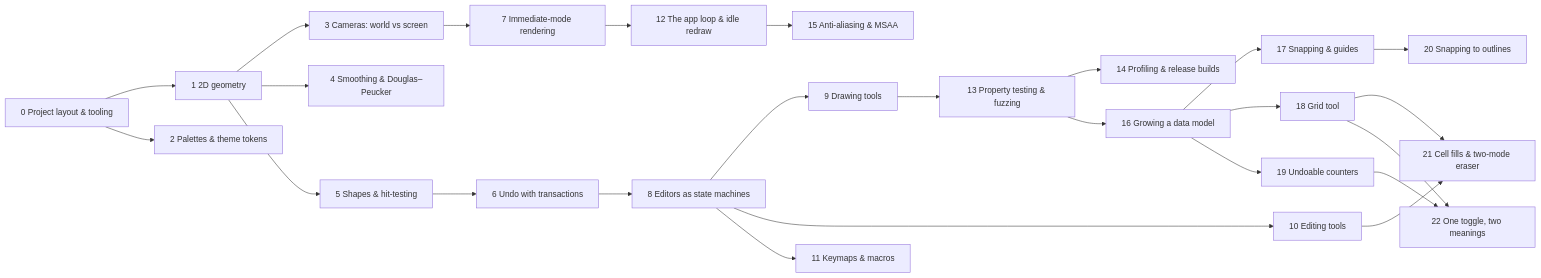
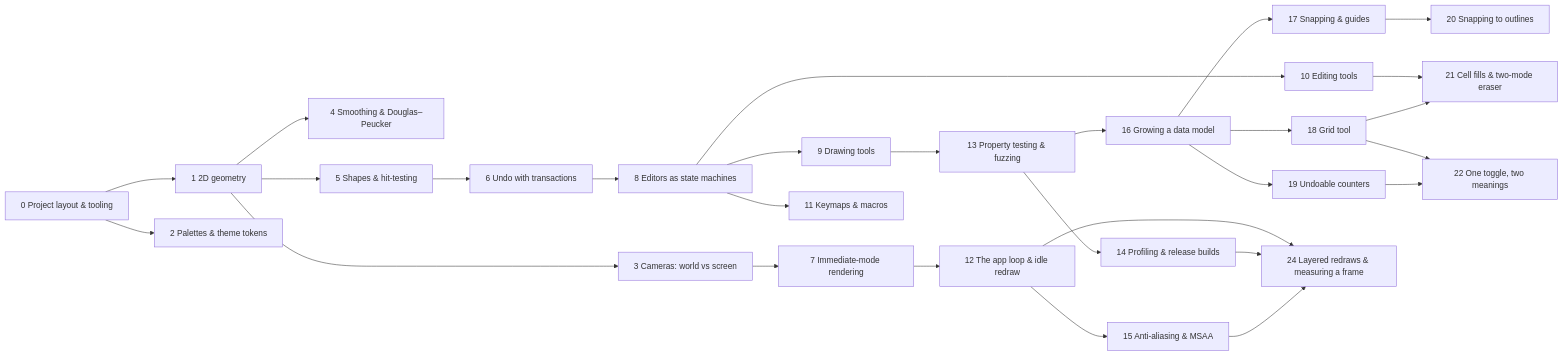
One commit to UmBender/draw changed the diagram in docs/tutorials/Learning Path.md. Above: the diagram before and after it, drawn with Mermaid. The commit also changed other lines of this file and 3 other files, not shown here.

````diff
--- a/docs/tutorials/Learning Path.md
+++ b/docs/tutorials/Learning Path.md
@@ -11,27 +11,30 @@
 ```mermaid
 flowchart LR
   s0[0 Project layout & tooling] --> s1[1 2D geometry]
   s0 --> s2[2 Palettes & theme tokens]
   s1 --> s3[3 Cameras: world vs screen]
   s1 --> s4[4 Smoothing & Douglas–Peucker]
   s1 --> s5[5 Shapes & hit-testing]
   s5 --> s6[6 Undo with transactions]
   s3 --> s7[7 Immediate-mode rendering]
   s6 --> s8[8 Editors as state machines]
   s8 --> s9[9 Drawing tools]
   s8 --> s10[10 Editing tools]
   s8 --> s11[11 Keymaps & macros]
   s7 --> s12[12 The app loop & idle redraw]
   s9 --> s13[13 Property testing & fuzzing]
   s13 --> s14[14 Profiling & release builds]
   s12 --> s15[15 Anti-aliasing & MSAA]
   s13 --> s16[16 Growing a data model]
   s16 --> s17[17 Snapping & guides]
   s16 --> s18[18 Grid tool]
   s16 --> s19[19 Undoable counters]
   s17 --> s20[20 Snapping to outlines]
   s10 --> s21[21 Cell fills & two-mode eraser]
   s18 --> s21
   s18 --> s22[22 One toggle, two meanings]
   s19 --> s22
+  s12 --> s24[24 Layered redraws & measuring a frame]
+  s14 --> s24
+  s15 --> s24
 ```
````
